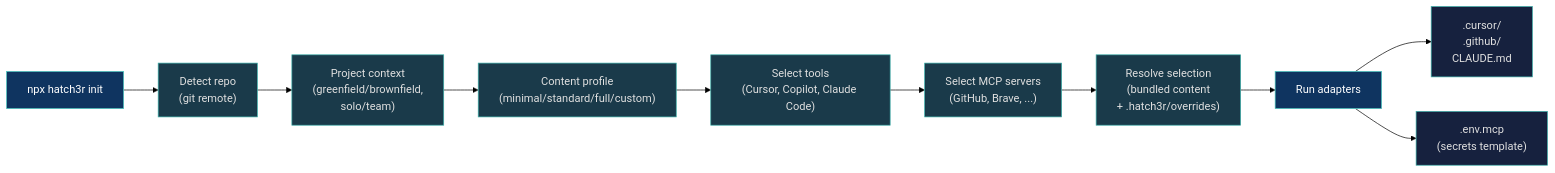
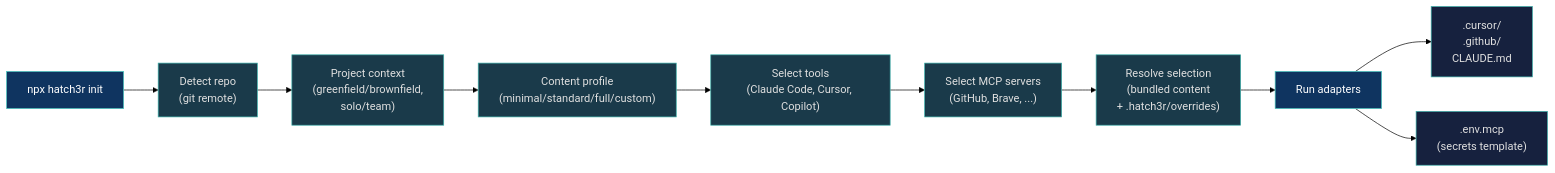
One commit to hatch3r/hatch3r changed the first of 5 diagrams in website/docs/guides/agentic-process.md. Above: the diagram before and after it, drawn with Mermaid (forest theme). The commit also changed 23 other files, not shown here.

First line of the commit message:
feat(cli): list Claude Code first in tool ordering

````diff
--- a/website/docs/guides/agentic-process.md
+++ b/website/docs/guides/agentic-process.md
@@ -14,16 +14,16 @@
 ```mermaid
 flowchart LR
     classDef default fill:#1a3a4a,stroke:#3aafa9,color:#e0e0e0
     classDef accent fill:#0f3460,stroke:#4ecdc4,color:#fff
     classDef output fill:#16213e,stroke:#3aafa9,color:#e0e0e0
 
     A["npx hatch3r init"]:::accent --> B["Detect repo\n(git remote)"]
     B --> B2["Project context\n(greenfield/brownfield,\nsolo/team)"]
     B2 --> B3["Content profile\n(minimal/standard/full/custom)"]
-    B3 --> C["Select tools\n(Cursor, Copilot, Claude Code)"]
+    B3 --> C["Select tools\n(Claude Code, Cursor, Copilot)"]
     C --> D["Select MCP servers\n(GitHub, Brave, ...)"]
     D --> E["Resolve selection\n(bundled content\n+ .hatch3r/overrides)"]
     E --> F["Run adapters"]:::accent
     F --> G[".cursor/\n.github/\nCLAUDE.md"]:::output
     F --> H[".env.mcp\n(secrets template)"]:::output
 ```
````
